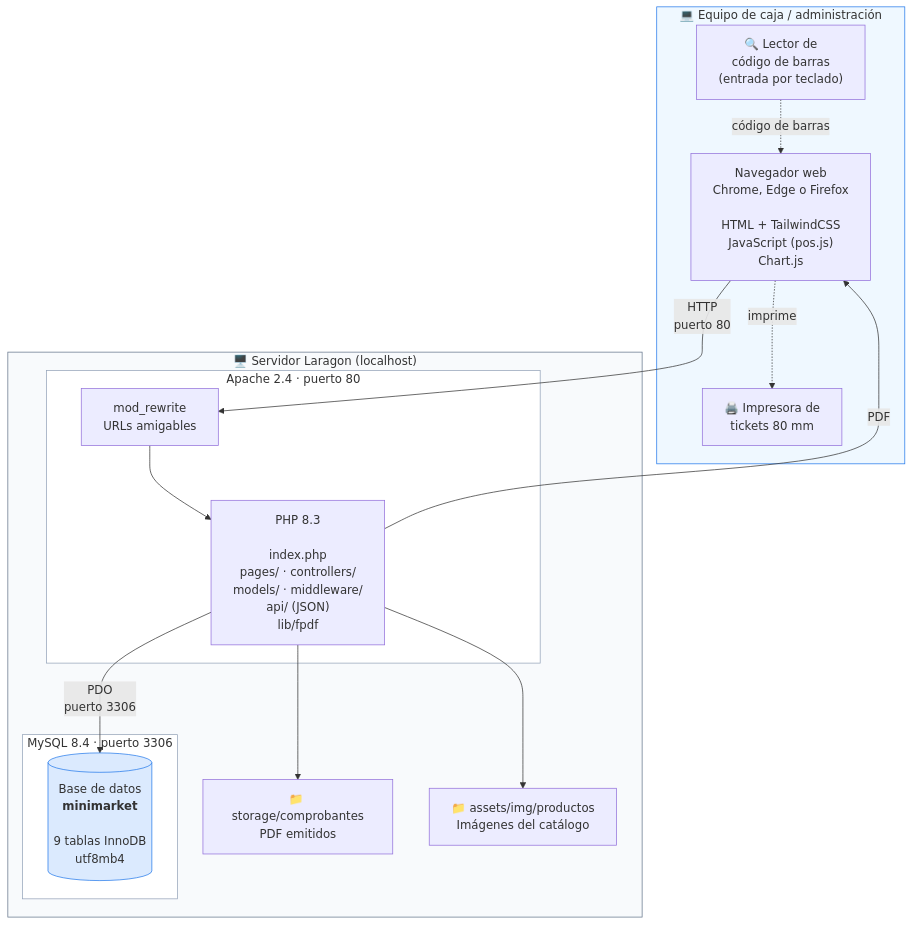
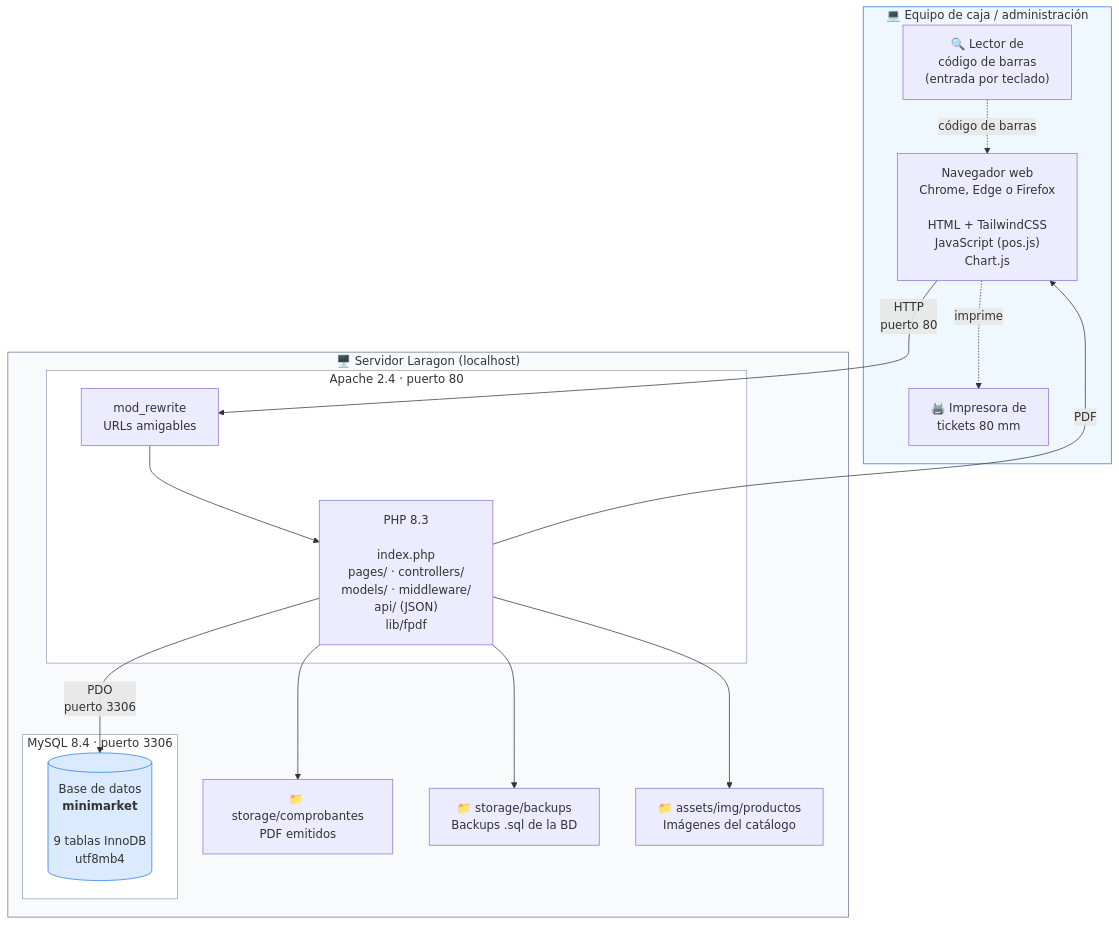
Before and after one commit to ANDREGR2026/minimarket-el-ahorro: the diagram in docs/diagramas/06_despliegue.mmd, drawn with Mermaid. The commit also changed 3 other files, not shown here.

First line of the commit message:
Completa el documento de arquitectura y actualiza el diagrama de despliegue

```diff
--- a/docs/diagramas/06_despliegue.mmd
+++ b/docs/diagramas/06_despliegue.mmd
@@ -1,35 +1,37 @@
 flowchart TB
     subgraph CLIENTE["💻 Equipo de caja / administración"]
         NAV["Navegador web<br/>Chrome, Edge o Firefox<br/><br/>HTML + TailwindCSS<br/>JavaScript (pos.js)<br/>Chart.js"]
         LECTOR["🔍 Lector de<br/>código de barras<br/>(entrada por teclado)"]
         IMPRESORA["🖨️ Impresora de<br/>tickets 80 mm"]
     end
 
     subgraph SERVIDOR["🖥️ Servidor Laragon (localhost)"]
         subgraph APACHE["Apache 2.4 · puerto 80"]
             HTACCESS["mod_rewrite<br/>URLs amigables"]
             PHP["PHP 8.3<br/><br/>index.php<br/>pages/ · controllers/<br/>models/ · middleware/<br/>api/ (JSON)<br/>lib/fpdf"]
         end
 
         subgraph MYSQL["MySQL 8.4 · puerto 3306"]
             BD[("Base de datos<br/><b>minimarket</b><br/><br/>9 tablas InnoDB<br/>utf8mb4")]
         end
 
         ALMACEN["📁 storage/comprobantes<br/>PDF emitidos"]
+        BACKUPS["📁 storage/backups<br/>Backups .sql de la BD"]
         IMAGENES["📁 assets/img/productos<br/>Imágenes del catálogo"]
     end
 
     NAV -->|"HTTP<br/>puerto 80"| HTACCESS
     HTACCESS --> PHP
     PHP -->|"PDO<br/>puerto 3306"| BD
     PHP --> ALMACEN
+    PHP --> BACKUPS
     PHP --> IMAGENES
     PHP -->|"PDF"| NAV
     LECTOR -.->|"código de barras"| NAV
     NAV -.->|"imprime"| IMPRESORA
 
     style CLIENTE fill:#eff8ff,stroke:#257aeb
     style SERVIDOR fill:#f8fafc,stroke:#64748b
     style APACHE fill:#ffffff,stroke:#94a3b8
     style MYSQL fill:#ffffff,stroke:#94a3b8
     style BD fill:#dbeafe,stroke:#257aeb
```
